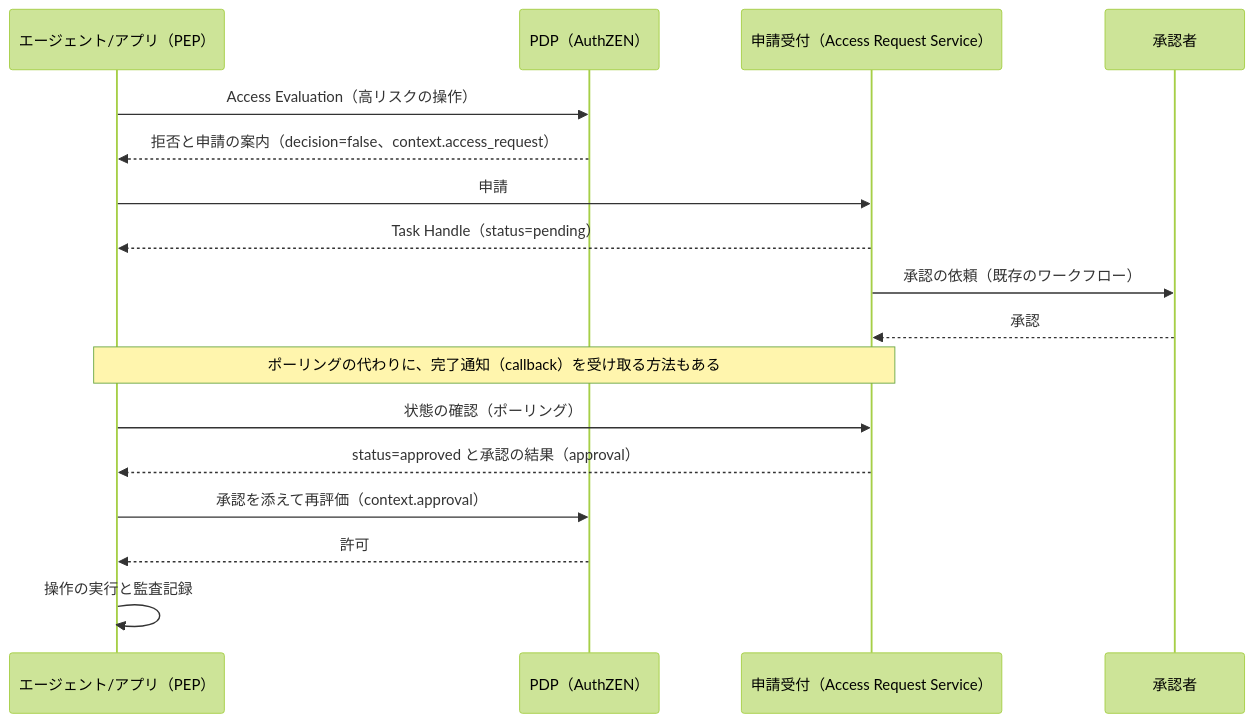
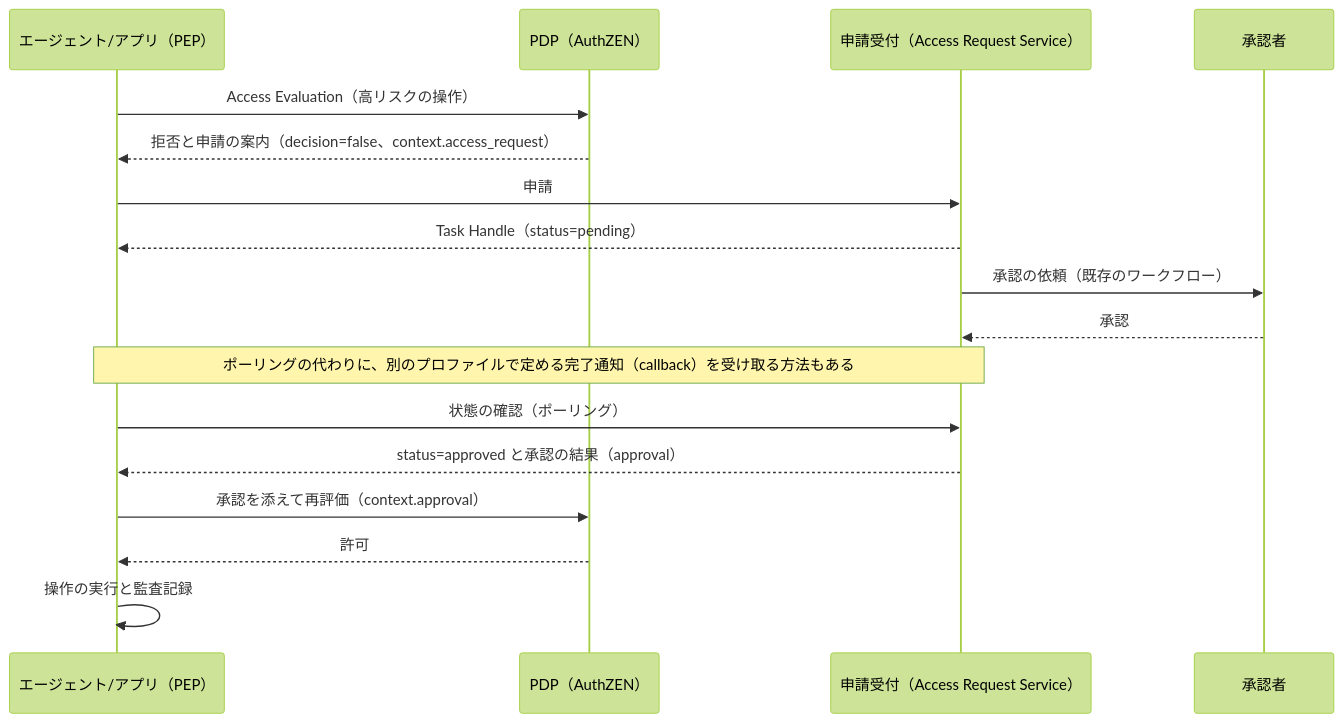
One commit to bmf-san/bmf-tech changed the fifth of 6 diagrams in content/ja/posts/authorization-platform-architecture-decisions.md. Above: the diagram before and after it, drawn with Mermaid (forest theme). The commit also changed other lines of this file and 1 other file, not shown here.

Commit message:
fix: 認可基盤のアーキテクチャの記事の AARP の完了通知の出どころと fail-closed の主語を原文に合わせる
- 完了通知（callback）は AARP 本体ではなく別のプロファイル（Callback Notifications Profile）で定める
- 申請の状態がわからないときに fail-closed にすべきなのは PEP（AARP §11.5）

````diff
--- a/content/ja/posts/authorization-platform-architecture-decisions.md
+++ b/content/ja/posts/authorization-platform-architecture-decisions.md
@@ -271,19 +271,19 @@
 ```mermaid
 sequenceDiagram
     participant AG as エージェント/アプリ（PEP）
     participant PDP as PDP（AuthZEN）
     participant AR as 申請受付（Access Request Service）
     participant M as 承認者
     AG->>PDP: Access Evaluation（高リスクの操作）
     PDP-->>AG: 拒否と申請の案内（decision=false、context.access_request）
     AG->>AR: 申請
     AR-->>AG: Task Handle（status=pending）
     AR->>M: 承認の依頼（既存のワークフロー）
     M-->>AR: 承認
-    Note over AG,AR: ポーリングの代わりに、完了通知（callback）を受け取る方法もある
+    Note over AG,AR: ポーリングの代わりに、別のプロファイルで定める完了通知（callback）を受け取る方法もある
     AG->>AR: 状態の確認（ポーリング）
     AR-->>AG: status=approved と承認の結果（approval）
     AG->>PDP: 承認を添えて再評価（context.approval）
     PDP-->>AG: 許可
     AG->>AG: 操作の実行と監査記録
 ```
````
